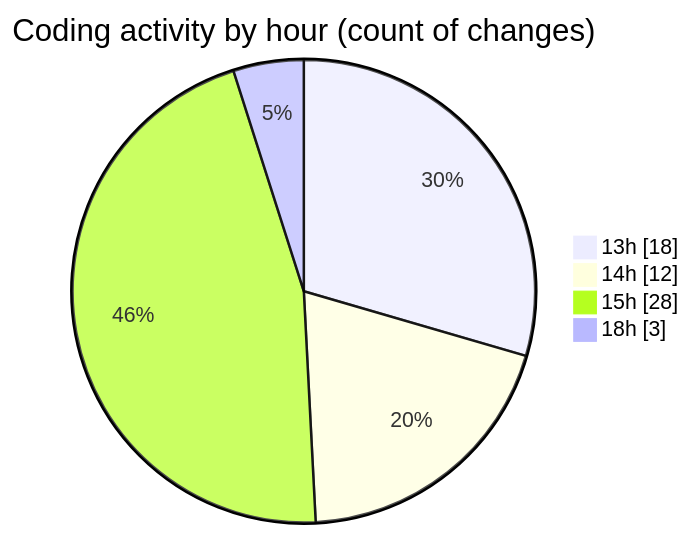
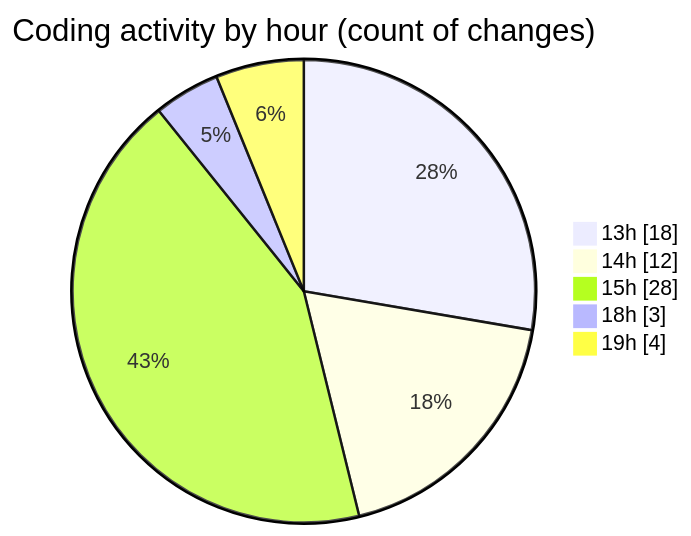
Before and after one commit to idhammustaqopulfikri/code-tracking: the second of 2 diagrams in 2025-06-16/studio-backend/README.md, drawn with Mermaid. The commit also changed other lines of this file and 1 other file, not shown here.

````diff
--- a/2025-06-16/studio-backend/README.md
+++ b/2025-06-16/studio-backend/README.md
@@ -41,8 +42,9 @@
 ```mermaid
 pie showData
 title Coding activity by hour (count of changes)
 "13h" : 18
 "14h" : 12
 "15h" : 28
 "18h" : 3
+"19h" : 4
 ```
````
